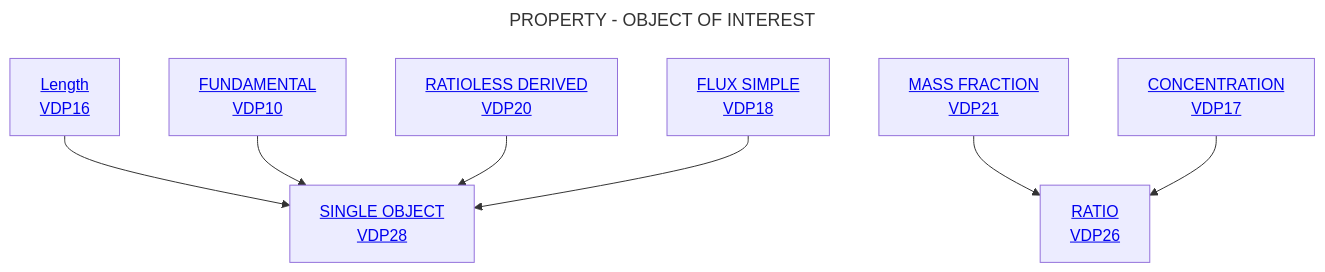
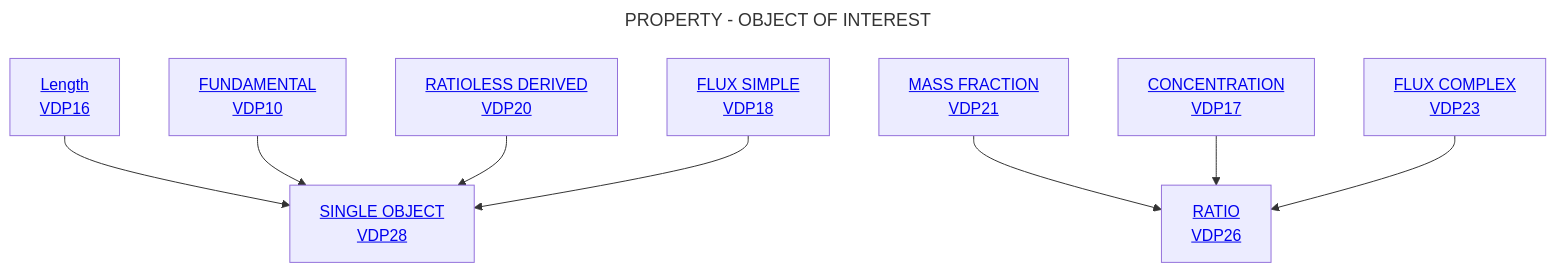
The diagram in Decisition_trees/DT6.mmd (mabablue/I-ADOPT-patterns-playground), drawn with Mermaid before and after one commit.

```diff
--- a/Decisition_trees/DT6.mmd
+++ b/Decisition_trees/DT6.mmd
@@ -1,10 +1,11 @@
 ---
 title: PROPERTY - OBJECT OF INTEREST
 ---
 flowchart TD
     A[<a href='https://github.com/mabablue/I-ADOPT-patterns-playground/blob/main/pattern/VDP16.yaml'>Length <br> VDP16</a>] --> C[<a href='https://github.com/mabablue/I-ADOPT-patterns-playground/blob/main/pattern/VDP16.yaml'>SINGLE OBJECT <br> VDP28</a>]
     B[<a href='https://github.com/mabablue/I-ADOPT-patterns-playground/blob/main/pattern/VDP10.yaml'>FUNDAMENTAL <br> VDP10</a>]  --> C
     D[<a href='https://github.com/mabablue/I-ADOPT-patterns-playground/blob/main/pattern/VDP10.yaml'>RATIOLESS DERIVED <br> VDP20</a>] --> C
     E[<a href='https://github.com/mabablue/I-ADOPT-patterns-playground/blob/main/pattern/VDP10.yaml'>MASS FRACTION <br> VDP21</a>] --> F[<a href='https://github.com/mabablue/I-ADOPT-patterns-playground/blob/main/pattern/VDP16.yaml'>RATIO <br> VDP26</a>]
     G[<a href='https://github.com/mabablue/I-ADOPT-patterns-playground/blob/main/pattern/VDP10.yaml'>CONCENTRATION <br> VDP17</a>] --> F
     H[<a href='https://github.com/mabablue/I-ADOPT-patterns-playground/blob/main/pattern/VDP10.yaml'>FLUX SIMPLE <br> VDP18</a>] --> C
+    I[<a href='https://github.com/mabablue/I-ADOPT-patterns-playground/blob/main/pattern/VDP10.yaml'>FLUX COMPLEX <br> VDP23</a>] --> F
```
